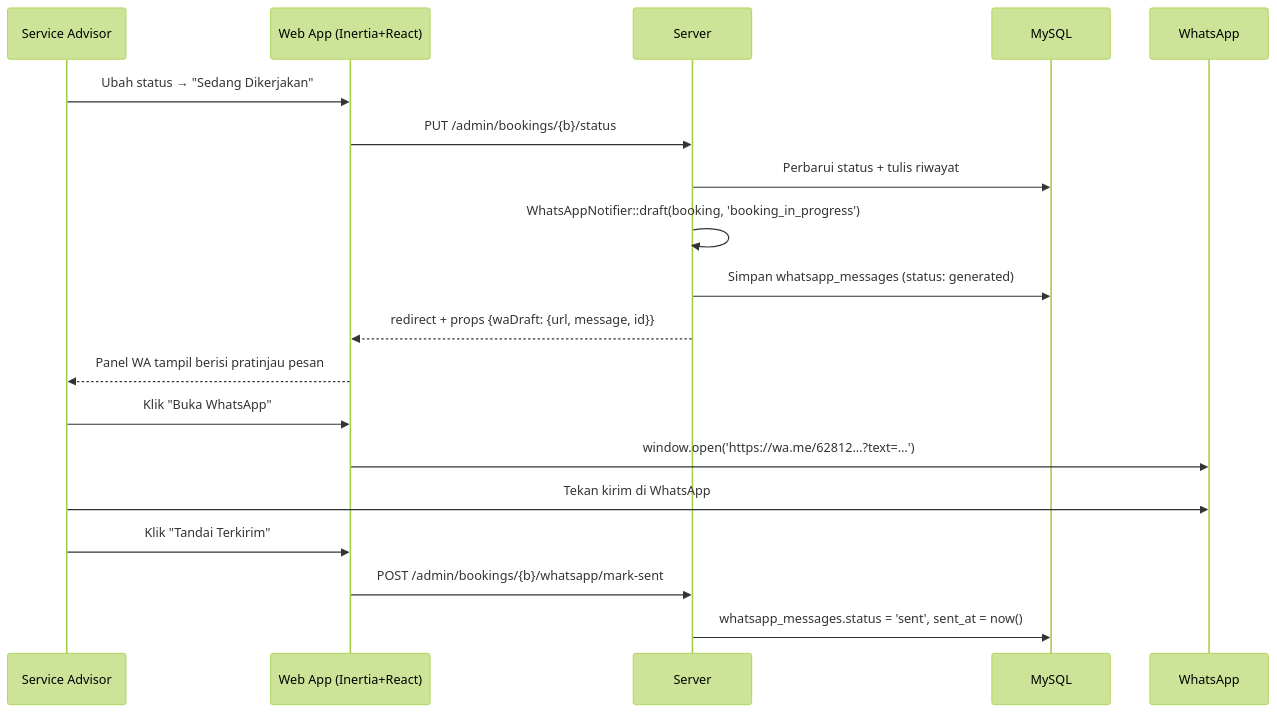
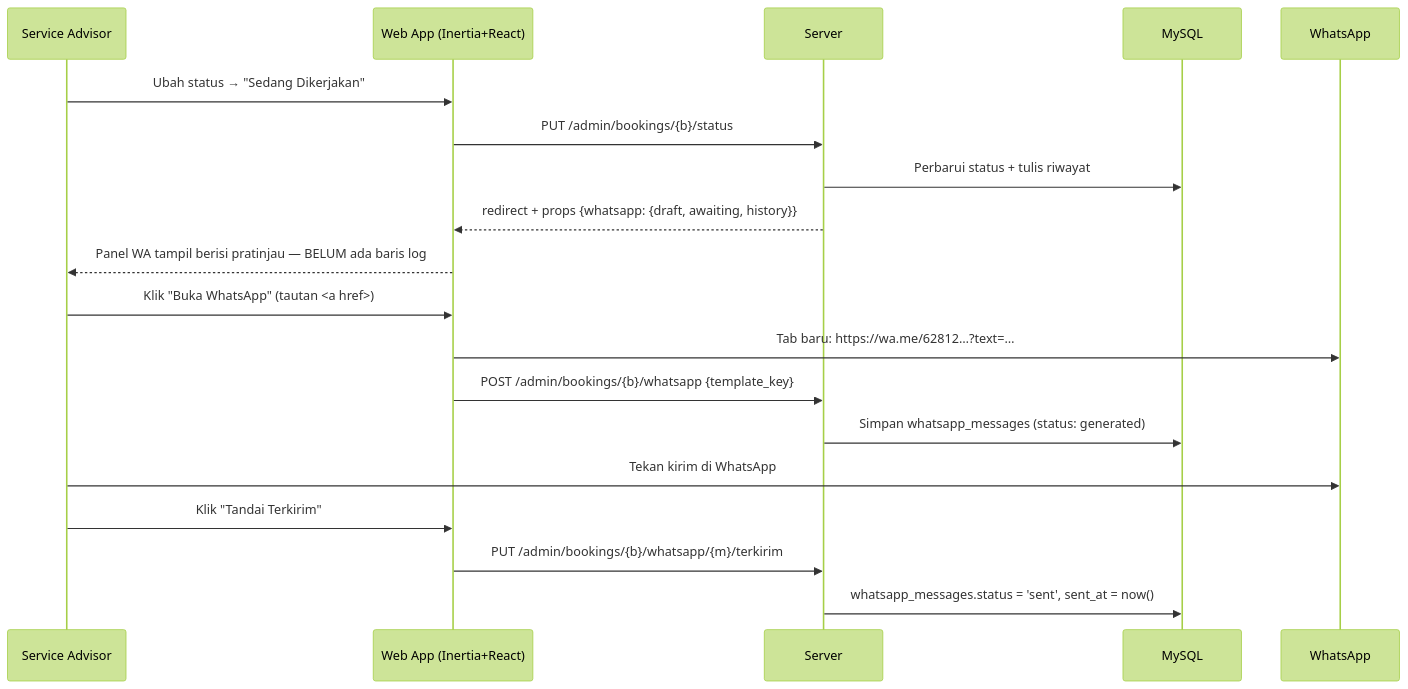
The diagram in docs/08-notifikasi-whatsapp.md (MHamzah1/CheryArta-Service), drawn with Mermaid (forest theme) before and after one commit. The commit also changed other lines of this file and 62 other files, not shown here.

First line of the commit message:
feat: implement WhatsApp message history and template management

````diff
--- a/docs/08-notifikasi-whatsapp.md
+++ b/docs/08-notifikasi-whatsapp.md
@@ -22,22 +22,22 @@
 ```mermaid
 sequenceDiagram
     participant A as Service Advisor
     participant W as Web App (Inertia+React)
     participant S as Server
     participant DB as MySQL
     participant WA as WhatsApp
 
     A->>W: Ubah status → "Sedang Dikerjakan"
     W->>S: PUT /admin/bookings/{b}/status
     S->>DB: Perbarui status + tulis riwayat
-    S->>S: WhatsAppNotifier::draft(booking, 'booking_in_progress')
+    S-->>W: redirect + props {whatsapp: {draft, awaiting, history}}
+    W-->>A: Panel WA tampil berisi pratinjau — BELUM ada baris log
+    A->>W: Klik "Buka WhatsApp" (tautan <a href>)
+    W->>WA: Tab baru: https://wa.me/62812…?text=…
+    W->>S: POST /admin/bookings/{b}/whatsapp {template_key}
     S->>DB: Simpan whatsapp_messages (status: generated)
-    S-->>W: redirect + props {waDraft: {url, message, id}}
-    W-->>A: Panel WA tampil berisi pratinjau pesan
-    A->>W: Klik "Buka WhatsApp"
-    W->>WA: window.open('https://wa.me/62812…?text=…')
     A->>WA: Tekan kirim di WhatsApp
     A->>W: Klik "Tandai Terkirim"
-    W->>S: POST /admin/bookings/{b}/whatsapp/mark-sent
+    W->>S: PUT /admin/bookings/{b}/whatsapp/{m}/terkirim
     S->>DB: whatsapp_messages.status = 'sent', sent_at = now()
 ```
````
